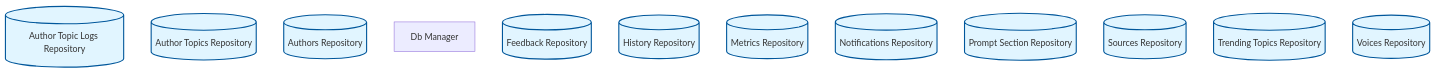
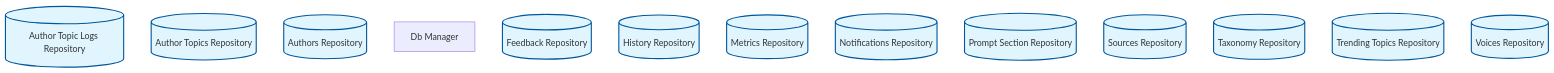
One commit to rpnunez/wp-ai-scheduler changed the eighth of 10 diagrams in docs/feature-report.md. Above: the diagram before and after it, drawn with Mermaid. The commit also changed other lines of this file and 3 other files, not shown here.

````diff
--- a/docs/feature-report.md
+++ b/docs/feature-report.md
@@ -387,23 +402,24 @@
 ```mermaid
 flowchart TD
     %% Database Architecture
 
     Author_Topic_Logs_Repository[("Author Topic Logs Repository")]
     Author_Topics_Repository[("Author Topics Repository")]
     Authors_Repository[("Authors Repository")]
     DB_Manager["Db Manager"]
     Feedback_Repository[("Feedback Repository")]
     History_Repository[("History Repository")]
     Metrics_Repository[("Metrics Repository")]
     Notifications_Repository[("Notifications Repository")]
     Prompt_Section_Repository[("Prompt Section Repository")]
     Sources_Repository[("Sources Repository")]
+    Taxonomy_Repository[("Taxonomy Repository")]
     Trending_Topics_Repository[("Trending Topics Repository")]
     Voices_Repository[("Voices Repository")]
 
 
     classDef repository fill:#e1f5ff,stroke:#01579b,stroke-width:2px
     classDef service fill:#fff3e0,stroke:#e65100,stroke-width:2px
     classDef controller fill:#f3e5f5,stroke:#4a148c,stroke-width:2px
-    class Author_Topic_Logs_Repository,Author_Topics_Repository,Authors_Repository,Feedback_Repository,History_Repository,Metrics_Repository,Notifications_Repository,Prompt_Section_Repository,Sources_Repository,Trending_Topics_Repository,Voices_Repository repository
+    class Author_Topic_Logs_Repository,Author_Topics_Repository,Authors_Repository,Feedback_Repository,History_Repository,Metrics_Repository,Notifications_Repository,Prompt_Section_Repository,Sources_Repository,Taxonomy_Repository,Trending_Topics_Repository,Voices_Repository repository
 ```
````
